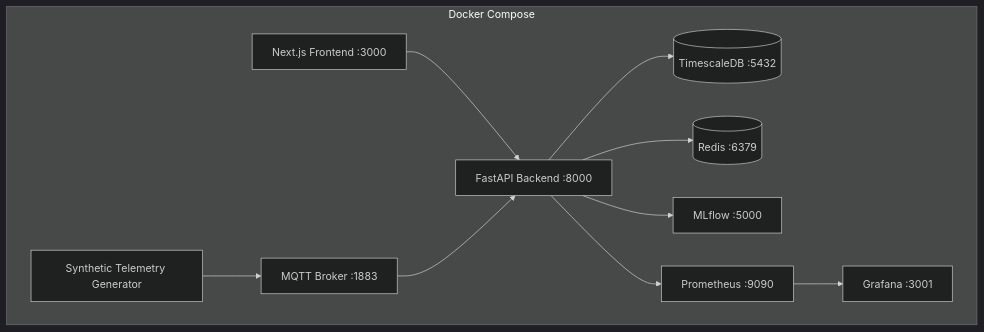
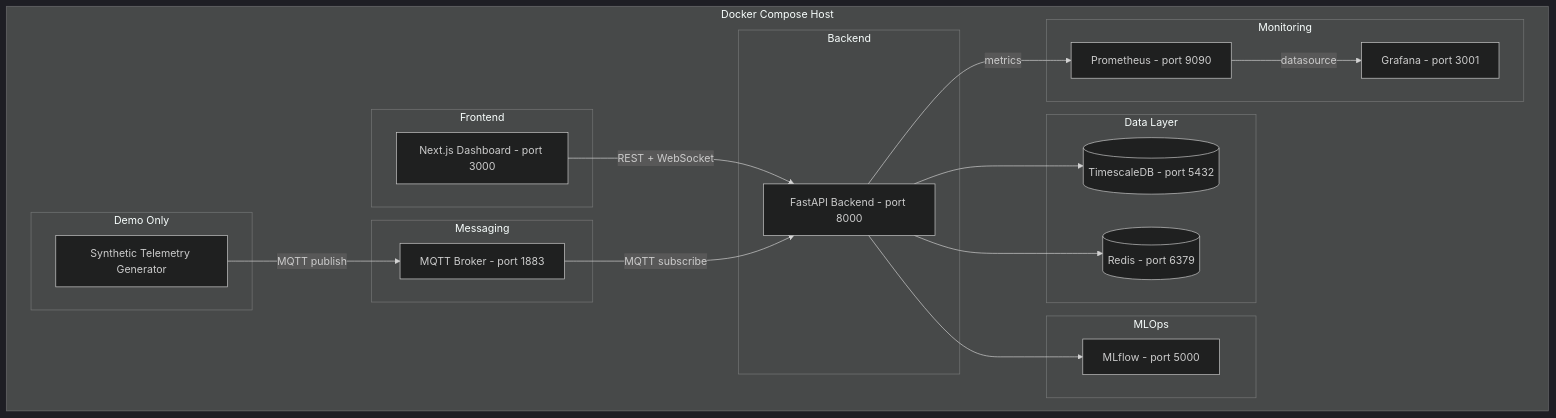
One commit to ankushkumar14092-dot/sih_170 changed diagram 15 of 20 in DOCUMENTATION.md. Above: the diagram before and after it, drawn with Mermaid (dark theme). The commit also changed other lines of this file, not shown here.

Commit message:
Add 20 Mermaid architecture diagrams to DOCUMENTATION.md

````diff
--- a/DOCUMENTATION.md
+++ b/DOCUMENTATION.md
@@ -2065,22 +2303,36 @@
 ```mermaid
 graph TD
-    subgraph Docker Compose
-        FE[Next.js Frontend :3000]
-        BE[FastAPI Backend :8000]
-        DB[(TimescaleDB :5432)]
-        RD[(Redis :6379)]
-        MQ[MQTT Broker :1883]
-        ML[MLflow :5000]
-        GR[Grafana :3001]
-        PR[Prometheus :9090]
-        TG[Synthetic Telemetry Generator]
+    subgraph DC[Docker Compose Host]
+        subgraph FRONTEND[Frontend]
+            FE[Next.js Dashboard - port 3000]
+        end
+        subgraph BACKEND[Backend]
+            BE[FastAPI Backend - port 8000]
+        end
+        subgraph DEMO[Demo Only]
+            TG[Synthetic Telemetry Generator]
+        end
+        subgraph DATA[Data Layer]
+            DB[(TimescaleDB - port 5432)]
+            RD[(Redis - port 6379)]
+        end
+        subgraph MESSAGING[Messaging]
+            MQ[MQTT Broker - port 1883]
+        end
+        subgraph MLOPS[MLOps]
+            ML[MLflow - port 5000]
+        end
+        subgraph MONITORING[Monitoring]
+            PR[Prometheus - port 9090]
+            GR[Grafana - port 3001]
+        end
     end
-    FE --> BE
+    FE -->|REST + WebSocket| BE
     BE --> DB
     BE --> RD
     BE --> ML
-    TG --> MQ
-    MQ --> BE
-    BE --> PR
-    PR --> GR
+    TG -->|MQTT publish| MQ
+    MQ -->|MQTT subscribe| BE
+    BE -->|metrics| PR
+    PR -->|datasource| GR
 ```
````
